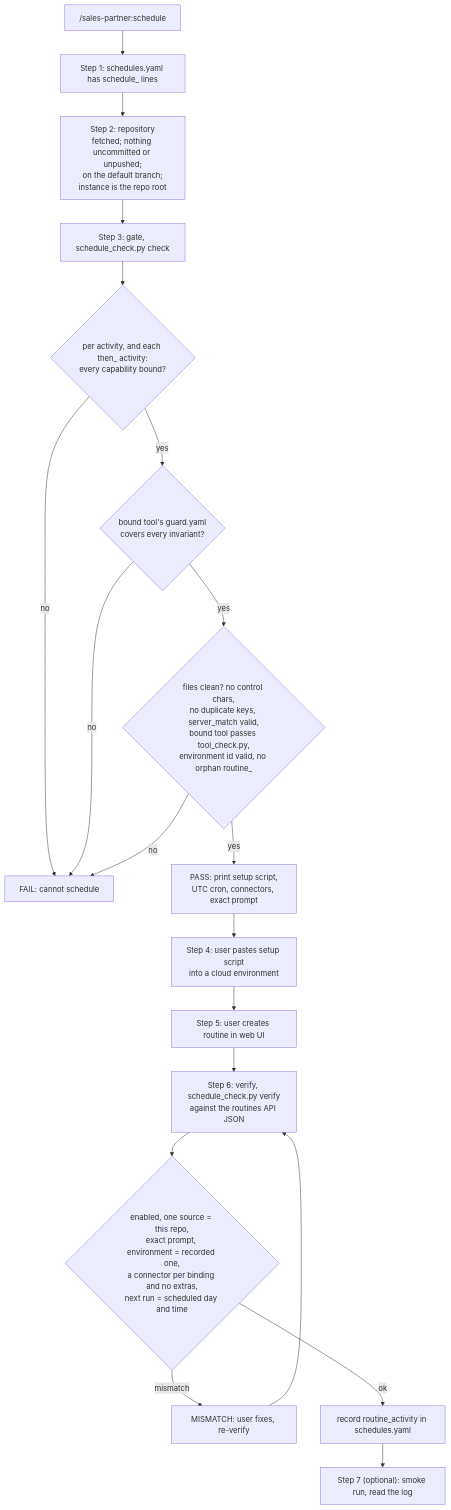
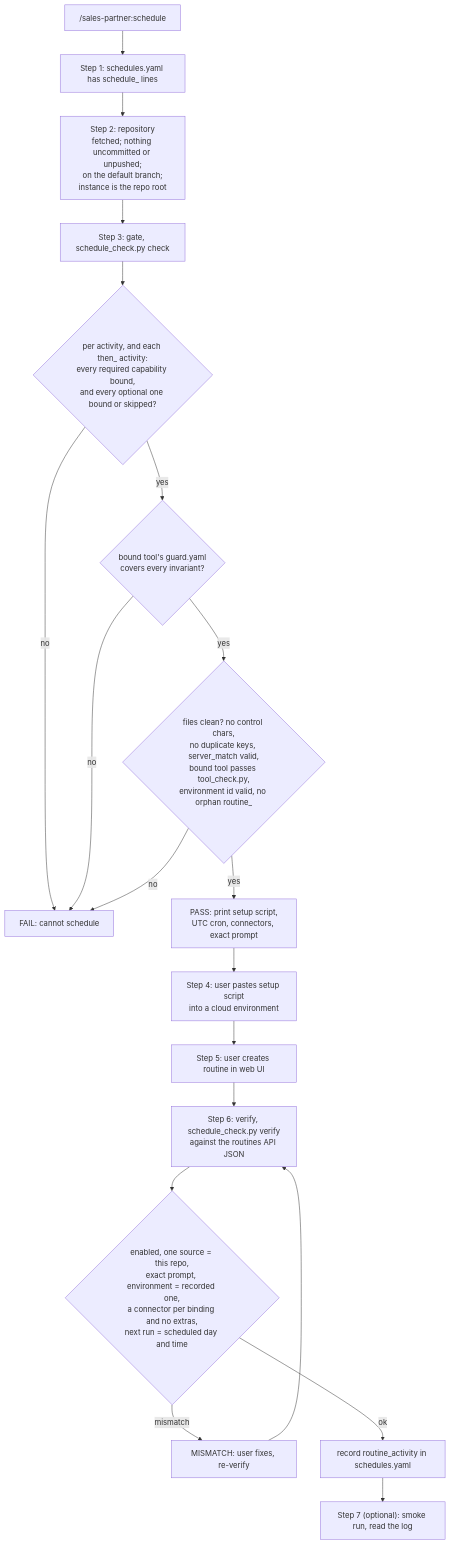
One commit to webspenser/agent-builder changed the fifth of 6 diagrams in docs/how-it-works.md. Above: the diagram before and after it, drawn with Mermaid. The commit also changed other lines of this file and 4 other files, not shown here.

````diff
--- a/docs/how-it-works.md
+++ b/docs/how-it-works.md
@@ -297,21 +298,21 @@
 ```mermaid
 flowchart TD
   K["/sales-partner:schedule"] --> G1["Step 1: schedules.yaml has schedule_ lines"]
   G1 --> G2["Step 2: repository<br/>fetched; nothing uncommitted or unpushed;<br/>on the default branch;<br/>instance is the repo root"]
   G2 --> G3["Step 3: gate, schedule_check.py check"]
-  G3 --> C1{"per activity, and each then_ activity:<br/>every capability bound?"}
+  G3 --> C1{"per activity, and each then_ activity:<br/>every required capability bound,<br/>and every optional one bound or skipped?"}
   C1 -- no --> FAIL["FAIL: cannot schedule"]
   C1 -- yes --> C2{"bound tool's guard.yaml<br/>covers every invariant?"}
   C2 -- no --> FAIL
   C2 -- yes --> C3{"files clean? no control chars,<br/>no duplicate keys, server_match valid,<br/>bound tool passes tool_check.py,<br/>environment id valid, no orphan routine_"}
   C3 -- no --> FAIL
   C3 -- yes --> PASS["PASS: print setup script,<br/>UTC cron, connectors, exact prompt"]
   PASS --> G4["Step 4: user pastes setup script<br/>into a cloud environment"]
   G4 --> G5["Step 5: user creates routine in web UI"]
   G5 --> G6["Step 6: verify, schedule_check.py verify<br/>against the routines API JSON"]
   G6 --> V1{"enabled, one source = this repo,<br/>exact prompt, environment = recorded one,<br/>a connector per binding and no extras,<br/>next run = scheduled day and time"}
   V1 -- mismatch --> FIX["MISMATCH: user fixes, re-verify"]
   FIX --> G6
   V1 -- ok --> REC["record routine_activity in schedules.yaml"]
   REC --> G7["Step 7 (optional): smoke run, read the log"]
 ```
````
